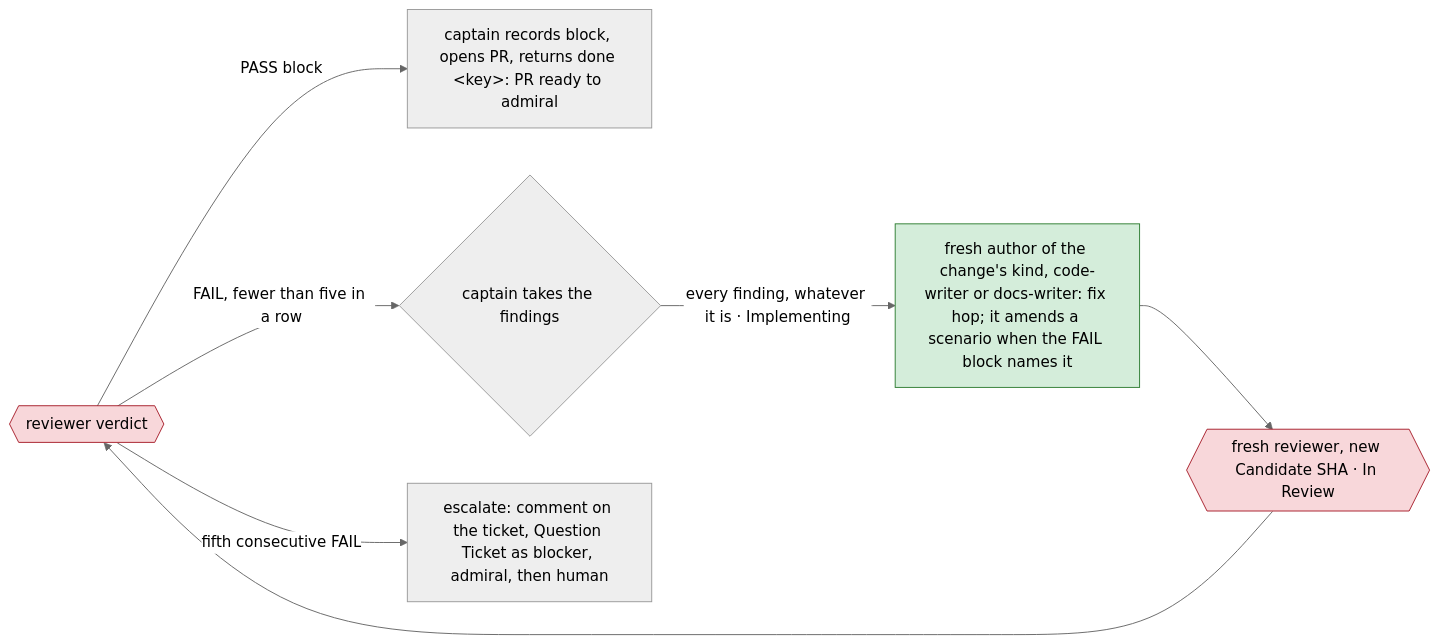
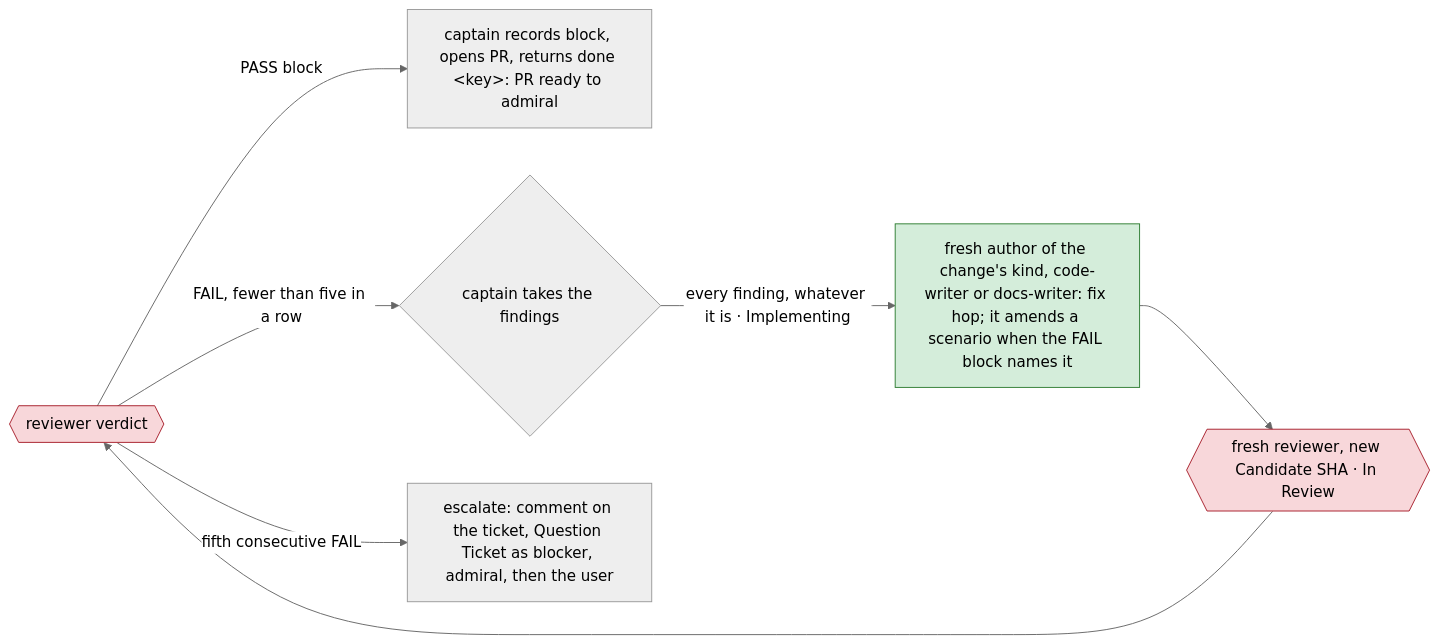
One commit to bodnarbalazs/dydo changed the sixth of 12 diagrams in dydo/understand/control-flow.md. Above: the diagram before and after it, drawn with Mermaid (neutral theme). The commit also changed other lines of this file and 4 other files, not shown here.

````diff
--- a/dydo/understand/control-flow.md
+++ b/dydo/understand/control-flow.md
@@ -477,11 +477,11 @@
 ```mermaid
 flowchart LR
   classDef crew fill:#d4edda,stroke:#2e7d32,color:#000
   classDef reviewer fill:#f8d7da,stroke:#a71d2a,color:#000
   RV{{reviewer verdict}}:::reviewer -->|PASS block| OK[captain records block, opens PR, returns done &lt;key&gt;: PR ready to admiral]
   RV -->|"FAIL, fewer than five in a row"| RT{captain takes the findings}
   RT -->|"every finding, whatever it is · Implementing"| IM[fresh author of the change's kind, code-writer or docs-writer: fix hop; it amends a scenario when the FAIL block names it]:::crew
   IM --> FR{{fresh reviewer, new Candidate SHA · In Review}}:::reviewer
   FR --> RV
-  RV -->|fifth consecutive FAIL| ESC[escalate: comment on the ticket, Question Ticket as blocker, admiral, then human]
+  RV -->|fifth consecutive FAIL| ESC[escalate: comment on the ticket, Question Ticket as blocker, admiral, then the user]
 ```
````
